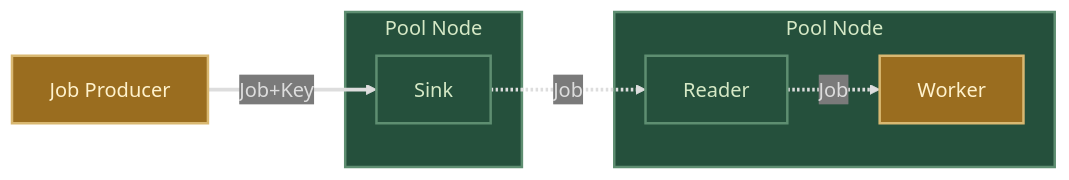
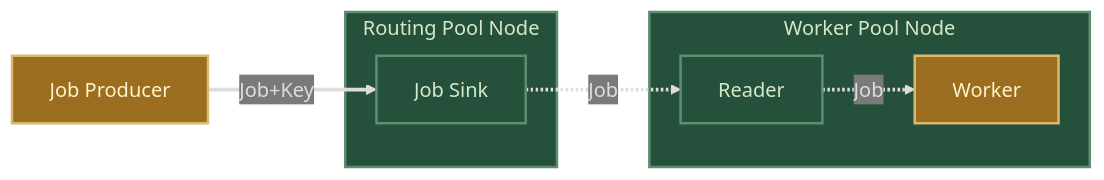
The first of 3 diagrams in pool/README.md (goadesign/pulse), drawn with Mermaid before and after one commit. The commit also changed other lines of this file and 36 other files, not shown here.

````diff
--- a/pool/README.md
+++ b/pool/README.md
@@ -23,25 +24,25 @@
 ```mermaid
 %%{init: {'themeVariables': { 'edgeLabelBackground': '#7A7A7A'}}}%%
 flowchart LR
     A[Job Producer]
-    subgraph Pool[Pool Node]
-        Sink
+    subgraph Pool["<span style='margin: 0 10px;'>Routing Pool Node</span>"]
+        Sink["Job Sink"]
     end
-    subgraph Worker[Pool Node]
+    subgraph Worker[Worker Pool Node]
         Reader
         B[Worker]
     end
     A-->|Job+Key|Sink
     Sink-.->|Job|Reader
     Reader-.->|Job|B
 
     classDef userCode fill:#9A6D1F, stroke:#D9B871, stroke-width:2px, color:#FFF2CC;
     classDef ponos fill:#25503C, stroke:#5E8E71, stroke-width:2px, color:#D6E9C6;
 
     class A,B userCode;
     class Pool,Sink,Reader,Worker ponos;
 
     linkStyle 0 stroke:#DDDDDD,color:#DDDDDD,stroke-width:3px;
     linkStyle 1 stroke:#DDDDDD,color:#DDDDDD,stroke-width:3px;
     linkStyle 2 stroke:#DDDDDD,color:#DDDDDD,stroke-width:3px;
 ```
````
